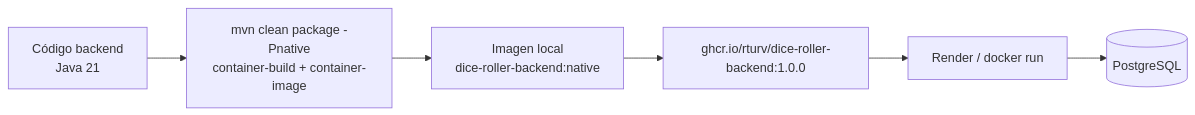
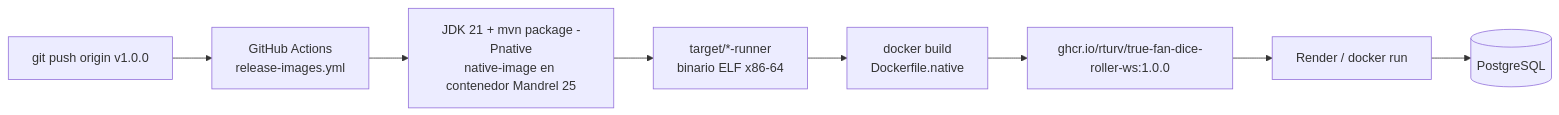
One commit to rturv/true-fan-dice-roller changed the diagram in docs/backend-native-image.md. Above: the diagram before and after it, drawn with Mermaid. The commit also changed other lines of this file and 1 other file, not shown here.

Commit message:
construccion docker

````diff
--- a/docs/backend-native-image.md
+++ b/docs/backend-native-image.md
@@ -30,8 +65,10 @@
 ```mermaid
 flowchart LR
-    Src["Código backend<br/>Java 21"] --> Mvn["mvn clean package -Pnative<br/>container-build + container-image"]
-    Mvn --> Img["Imagen local<br/>dice-roller-backend:native"]
-    Img --> GHCR["ghcr.io/rturv/dice-roller-backend:1.0.0"]
+    Tag["git push origin v1.0.0"] --> CI["GitHub Actions<br/>release-images.yml"]
+    CI --> Mvn["JDK 21 + mvn package -Pnative<br/>native-image en contenedor Mandrel 25"]
+    Mvn --> Bin["target/*-runner<br/>binario ELF x86-64"]
+    Bin --> Img["docker build<br/>Dockerfile.native"]
+    Img --> GHCR["ghcr.io/rturv/true-fan-dice-roller-ws:1.0.0"]
     GHCR --> Run["Render / docker run"]
     Run --> PG[("PostgreSQL")]
 ```
````
